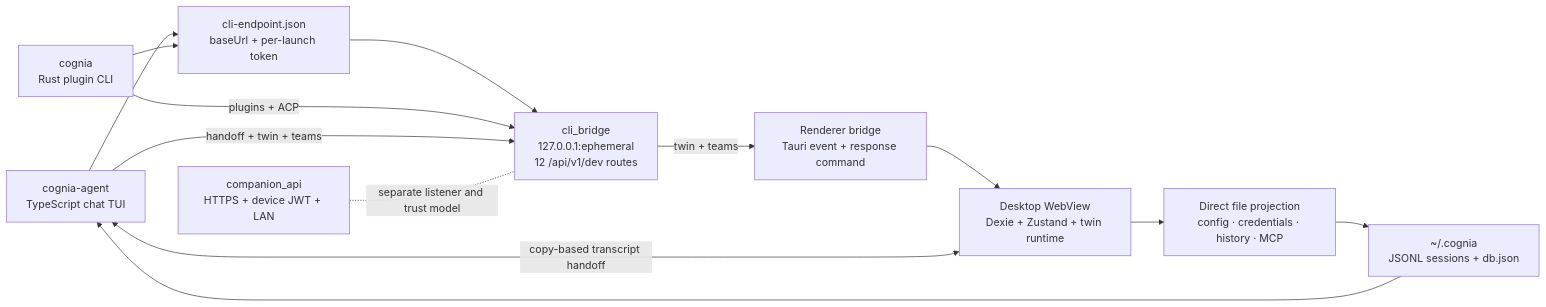
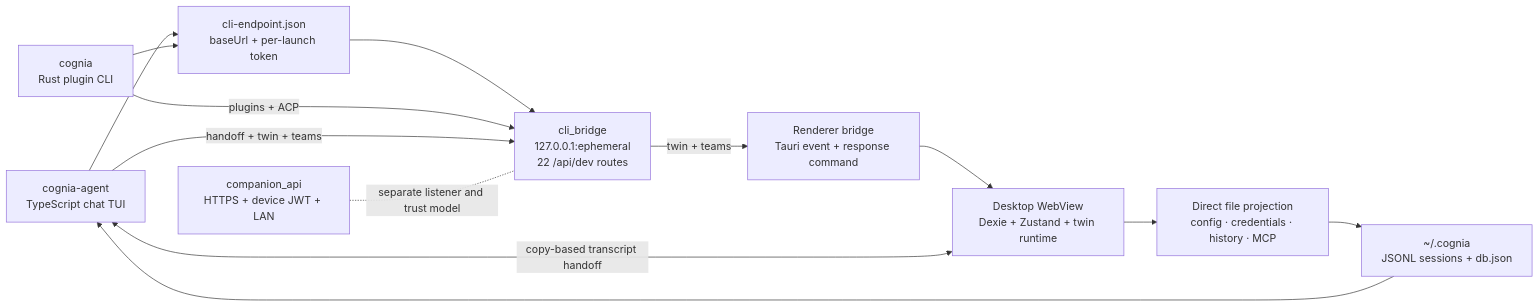
Before and after one commit to MaxQian888/cognia-next: the diagram in docs/content/docs/en/subsystems/cli-app-bridge/index.mdx, drawn with Mermaid. The commit also changed other lines of this file and 142 other files, not shown here.

````diff
--- a/docs/content/docs/en/subsystems/cli-app-bridge/index.mdx
+++ b/docs/content/docs/en/subsystems/cli-app-bridge/index.mdx
@@ -19,21 +19,21 @@
 ```mermaid
 flowchart LR
   AG["cognia-agent<br/>TypeScript chat TUI"]
   PL["cognia<br/>Rust plugin CLI"]
   EP["cli-endpoint.json<br/>baseUrl + per-launch token"]
-  HTTP["cli_bridge<br/>127.0.0.1:ephemeral<br/>12 /api/v1/dev routes"]
+  HTTP["cli_bridge<br/>127.0.0.1:ephemeral<br/>22 /api/dev routes"]
   RB["Renderer bridge<br/>Tauri event + response command"]
   WEB["Desktop WebView<br/>Dexie + Zustand + twin runtime"]
   PUSH["Direct file projection<br/>config · credentials · history · MCP"]
   HOME["~/.cognia<br/>JSONL sessions + db.json"]
   COMP["companion_api<br/>HTTPS + device JWT + LAN"]
 
   AG --> EP --> HTTP
   PL --> EP
   PL -->|"plugins + ACP"| HTTP
   AG -->|"handoff + twin + teams"| HTTP
   HTTP -->|"twin + teams"| RB --> WEB
   WEB --> PUSH --> HOME --> AG
   WEB <-->|"copy-based transcript handoff"| AG
   COMP -. "separate listener and trust model" .- HTTP
 ```
````
